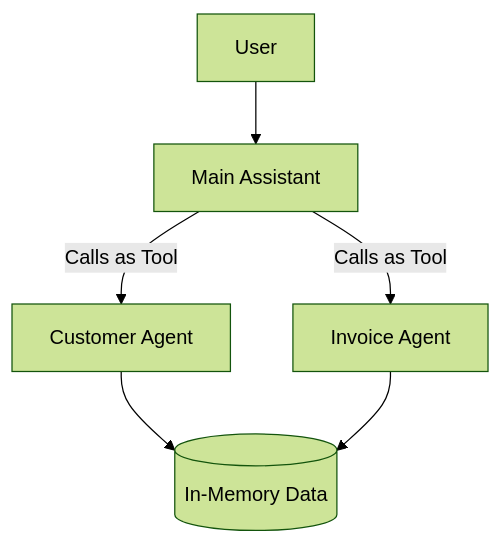
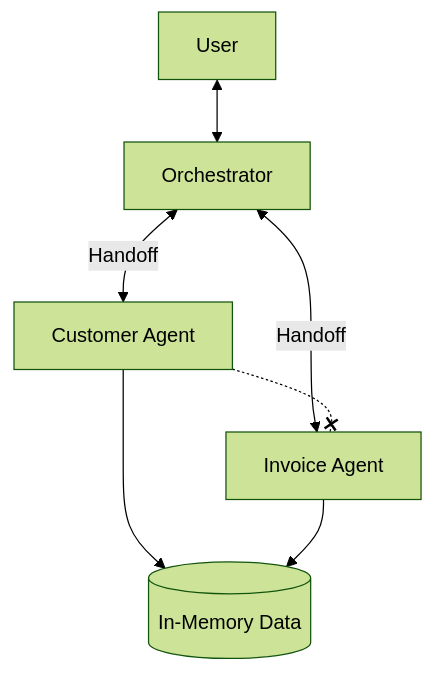
Before and after one commit to lapth/aichat-openai-agent: the diagram in readme.md, drawn with Mermaid (forest theme). The commit also changed other lines of this file, not shown here.

````diff
--- a/readme.md
+++ b/readme.md
@@ -15,8 +16,12 @@
 ```mermaid
 graph TD
-    User[User] --> Main[Main Assistant]
-    Main -->|Calls as Tool| Customer[Customer Agent]
-    Main -->|Calls as Tool| Invoice[Invoice Agent]
+    User[User] <--> Orchestrator[Orchestrator]
+    Orchestrator <-->|Handoff| Customer[Customer Agent]
+    Orchestrator <-->|Handoff| Invoice[Invoice Agent]
+    
+    %% Specialists do NOT communicate directly
+    Customer -.-x Invoice
+    
     Customer --> DB[(In-Memory Data)]
     Invoice --> DB
 ```
````
